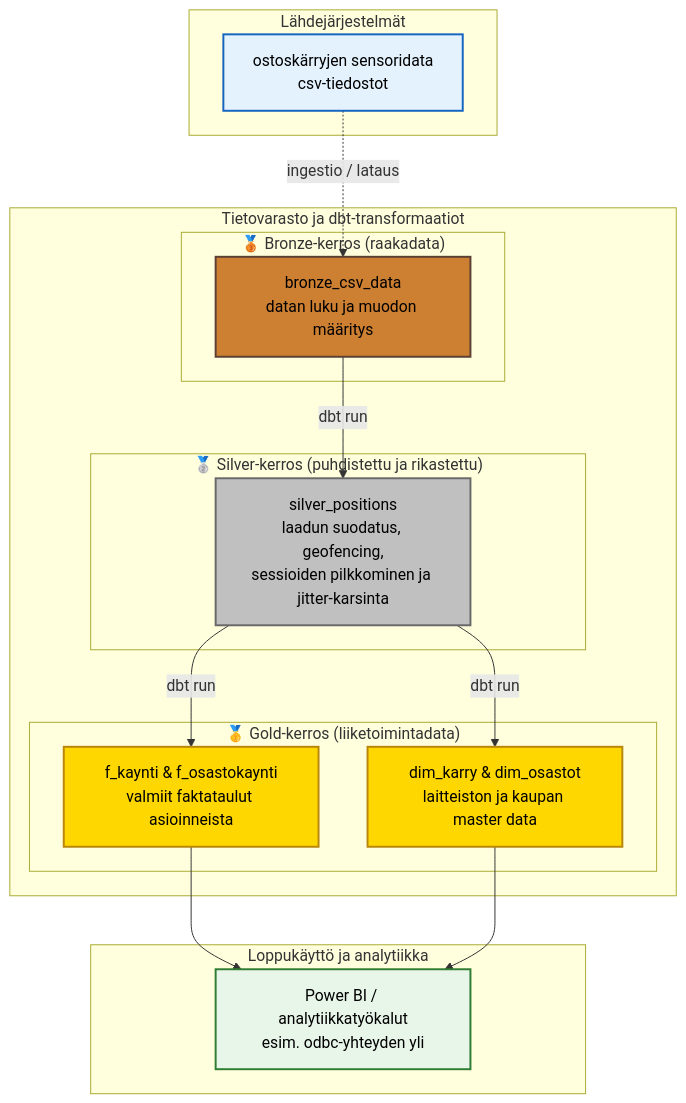
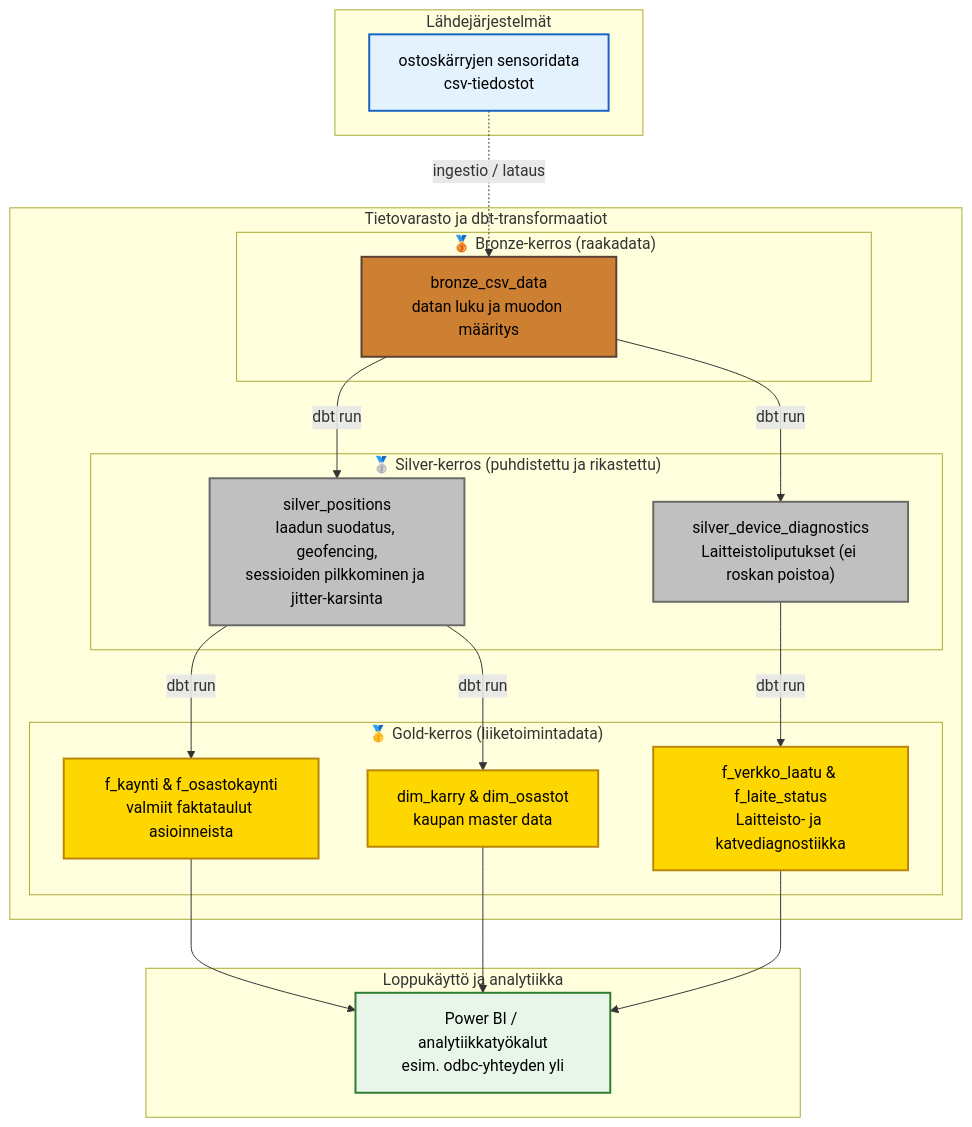
Before and after one commit to mitro54/uwb-shopping-cart-analytics-pipeline: the diagram in docs/arkkitehtuuri_kaavio.md, drawn with Mermaid. The commit also changed other lines of this file and 3 other files, not shown here.

````diff
--- a/docs/arkkitehtuuri_kaavio.md
+++ b/docs/arkkitehtuuri_kaavio.md
@@ -5,46 +5,51 @@
 ```mermaid
 graph TD
     classDef source fill:#e3f2fd,stroke:#1565c0,stroke-width:2px,color:black;
     classDef bronze fill:#cd7f32,stroke:#5c4033,stroke-width:2px,color:black;
     classDef silver fill:#c0c0c0,stroke:#696969,stroke-width:2px,color:black;
     classDef gold fill:#ffd700,stroke:#b8860b,stroke-width:2px,color:black;
     classDef bi fill:#e8f5e9,stroke:#2e7d32,stroke-width:2px,color:black;
 
     %% Lähdejärjestelmät
     subgraph Data_Sources["Lähdejärjestelmät"]
         CSV["<span style='color:#000 !important'>ostoskärryjen sensoridata<br>csv-tiedostot</span>"]:::source
     end
 
     %% Data Warehouse / dbt prosessointi
     subgraph DWH["Tietovarasto ja dbt-transformaatiot"]
         
         %% Bronze
         subgraph Bronze["🥉 Bronze-kerros (raakadata)"]
             stg["<span style='color:#000 !important'>bronze_csv_data<br>datan luku ja muodon määritys</span>"]:::bronze
         end
         
         %% Silver
         subgraph Silver["🥈 Silver-kerros (puhdistettu ja rikastettu)"]
             silv["<span style='color:#000 !important'>silver_positions<br>laadun suodatus, geofencing,<br>sessioiden pilkkominen ja jitter-karsinta</span>"]:::silver
+            silv_diag["<span style='color:#000 !important'>silver_device_diagnostics<br>Laitteistoliputukset (ei roskan poistoa)</span>"]:::silver
         end
         
         %% Gold
         subgraph Gold["🥇 Gold-kerros (liiketoimintadata)"]
             gold_f["<span style='color:#000 !important'>f_kaynti & f_osastokaynti<br>valmiit faktataulut asioinneista</span>"]:::gold
-            gold_d["<span style='color:#000 !important'>dim_karry & dim_osastot<br>laitteiston ja kaupan master data</span>"]:::gold
+            gold_d["<span style='color:#000 !important'>dim_karry & dim_osastot<br>kaupan master data</span>"]:::gold
+            gold_iot["<span style='color:#000 !important'>f_verkko_laatu & f_laite_status<br>Laitteisto- ja katvediagnostiikka</span>"]:::gold
         end
 
         stg -->|dbt run| silv
+        stg -->|dbt run| silv_diag
         silv -->|dbt run| gold_f
         silv -->|dbt run| gold_d
+        silv_diag -->|dbt run| gold_iot
     end
 
     %% Raportointi ja Analyysi
     subgraph Analytics["Loppukäyttö ja analytiikka"]
         BI["<span style='color:#000 !important'>Power BI / analytiikkatyökalut<br>esim. odbc-yhteyden yli</span>"]:::bi
     end
 
     CSV -.->|ingestio / lataus| stg
     gold_f --> BI
     gold_d --> BI
+    gold_iot --> BI
 ```
````
